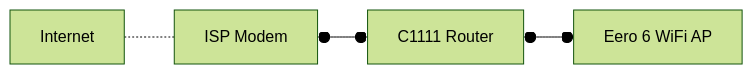
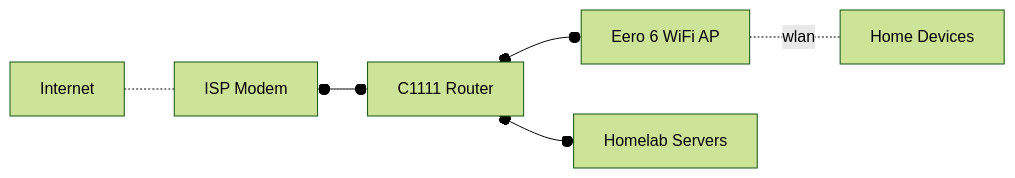
One commit to serpro69/ktchn8s changed the second of 2 diagrams in docs/reference/architecture/decision-records.md. Above: the diagram before and after it, drawn with Mermaid (forest theme). The commit also changed other lines of this file, not shown here.

````diff
--- a/docs/reference/architecture/decision-records.md
+++ b/docs/reference/architecture/decision-records.md
@@ -64,4 +67,6 @@
 ```mermaid
 flowchart LR
-    I[Internet] -.- A[ISP Modem] o--o B[C1111 Router] o--o C[Eero 6 WiFi AP]
+    I[Internet] -.- M[ISP Modem] o--o C[C1111 Router] o--o E[Eero 6 WiFi AP]
+    E -.- |wlan| D[Home Devices]
+    C o--o H[Homelab Servers]
 ```
````
